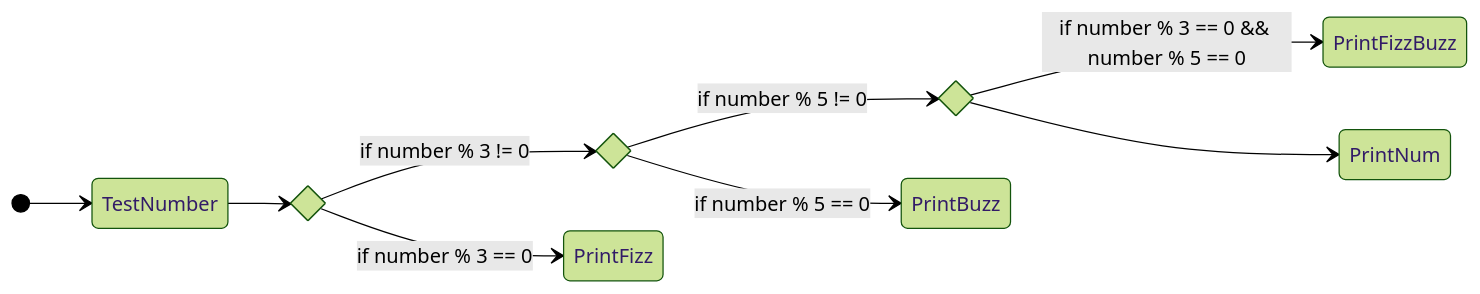
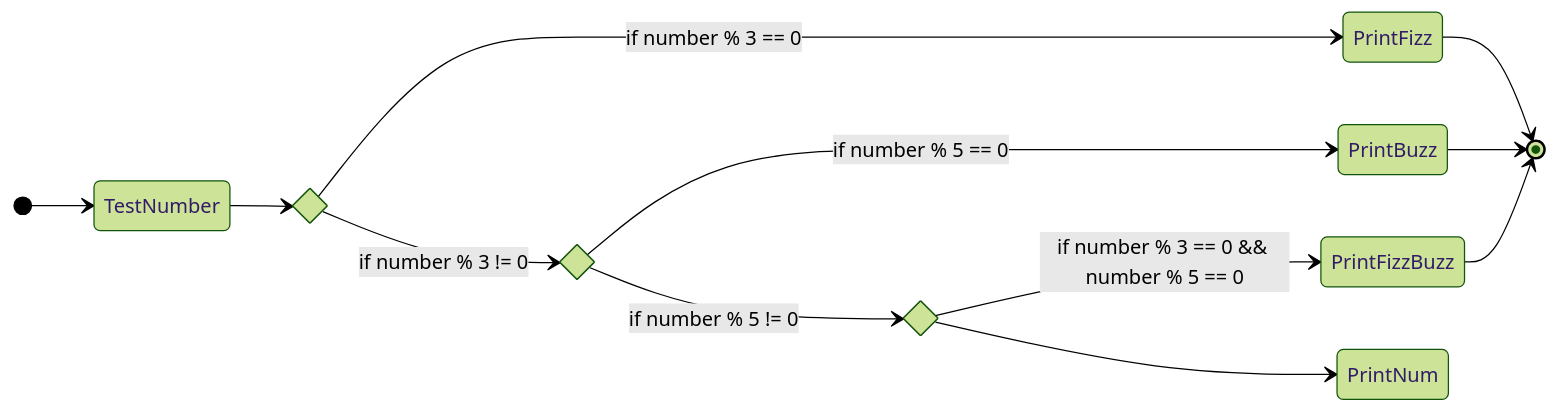
One commit to carteras/IT-CBR changed the eighth of 8 diagrams in cookbook/SDLC/Boxes and Arrows/boxes_and_arrows_fun.md. Above: the diagram before and after it, drawn with Mermaid (forest theme).

````diff
--- a/cookbook/SDLC/Boxes and Arrows/boxes_and_arrows_fun.md
+++ b/cookbook/SDLC/Boxes and Arrows/boxes_and_arrows_fun.md
@@ -117,16 +117,19 @@
 ```mermaid
   stateDiagram
     direction LR
     state fizz_state <<choice>>
     state buzz_state <<choice>>
     state fizzbuzz_state <<choice>>
     [*] --> TestNumber
     TestNumber --> fizz_state
     fizz_state --> PrintFizz: if number % 3 == 0
+    PrintFizz --> [*]
     fizz_state --> buzz_state: if number % 3 != 0
     buzz_state --> PrintBuzz: if number % 5 == 0
+    PrintBuzz --> [*]
     buzz_state --> fizzbuzz_state: if number % 5 != 0
     fizzbuzz_state --> PrintFizzBuzz: if number % 3 == 0 && number % 5 == 0
+    PrintFizzBuzz --> [*]
     fizzbuzz_state --> PrintNum
     
 ```
````
